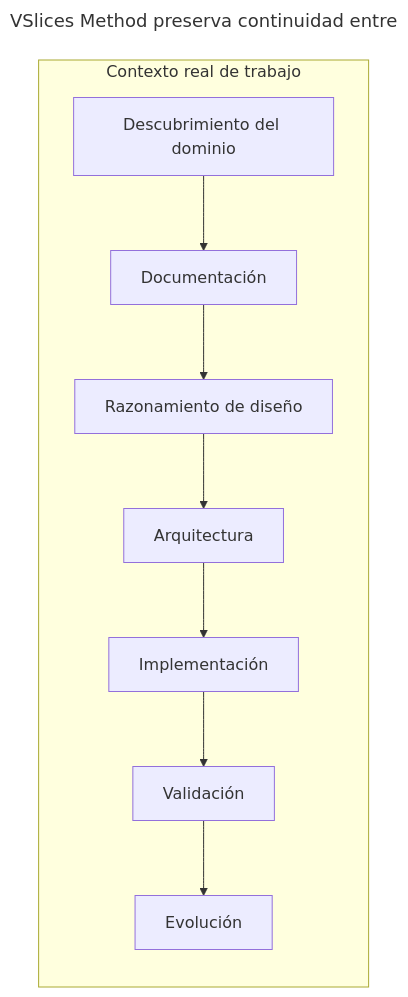
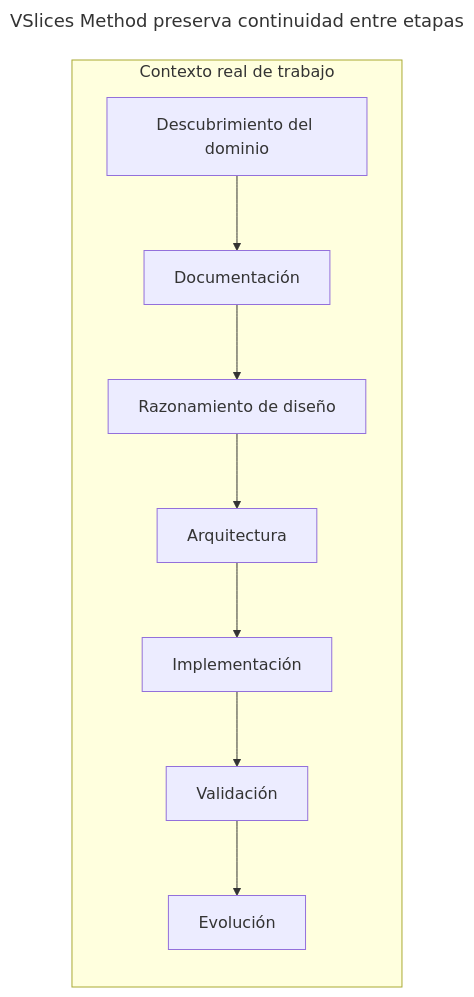
One commit to vslices/docs changed the diagram in docs/es/products/method/index.md. Above: the diagram before and after it, drawn with Mermaid. The commit also changed other lines of this file and 8 other files, not shown here.

````diff
--- a/docs/es/products/method/index.md
+++ b/docs/es/products/method/index.md
@@ -5,20 +5,20 @@
 ```mermaid
 ---
-title: VSlices Method preserva continuidad entre
+title: VSlices Method preserva continuidad entre etapas
 ---
 flowchart LR
   subgraph RW[Contexto real de trabajo]
     direction TB
 
     A[Descubrimiento del dominio]
     B[Documentación]
     C[Razonamiento de diseño]
     D[Arquitectura]
     E[Implementación]
     F[Validación]
     G[Evolución]
 
     A --> B --> C --> D --> E --> F --> G
 
   end
 ```
````
